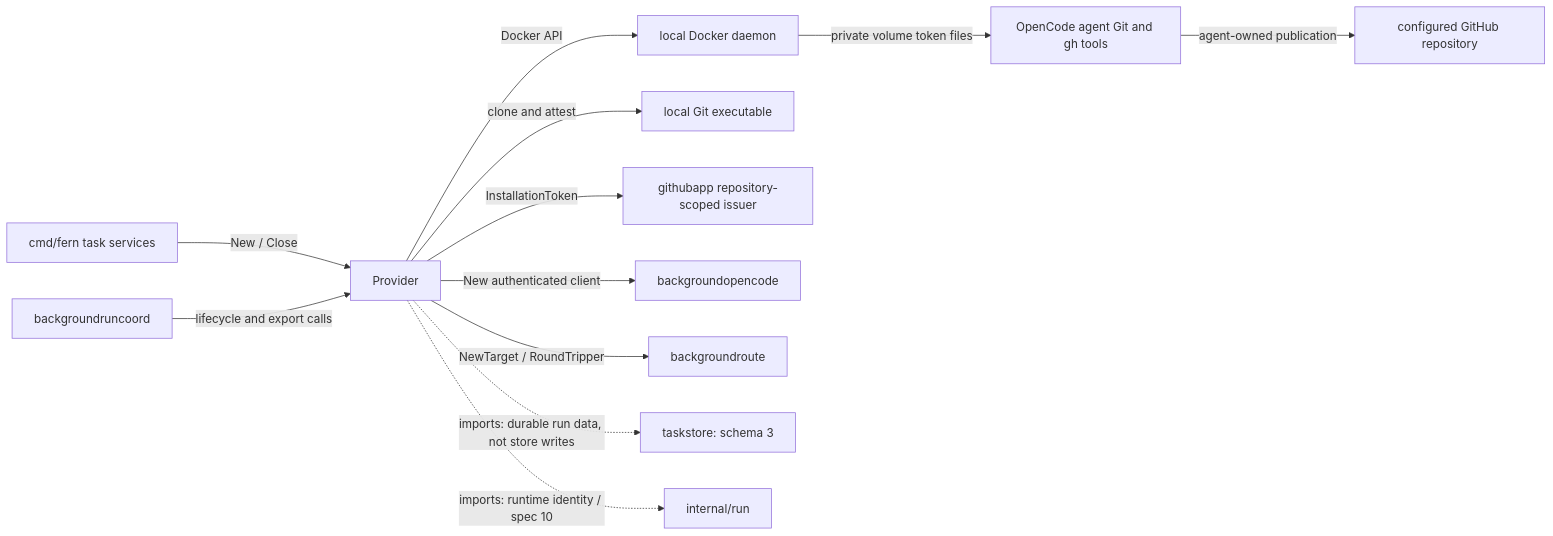
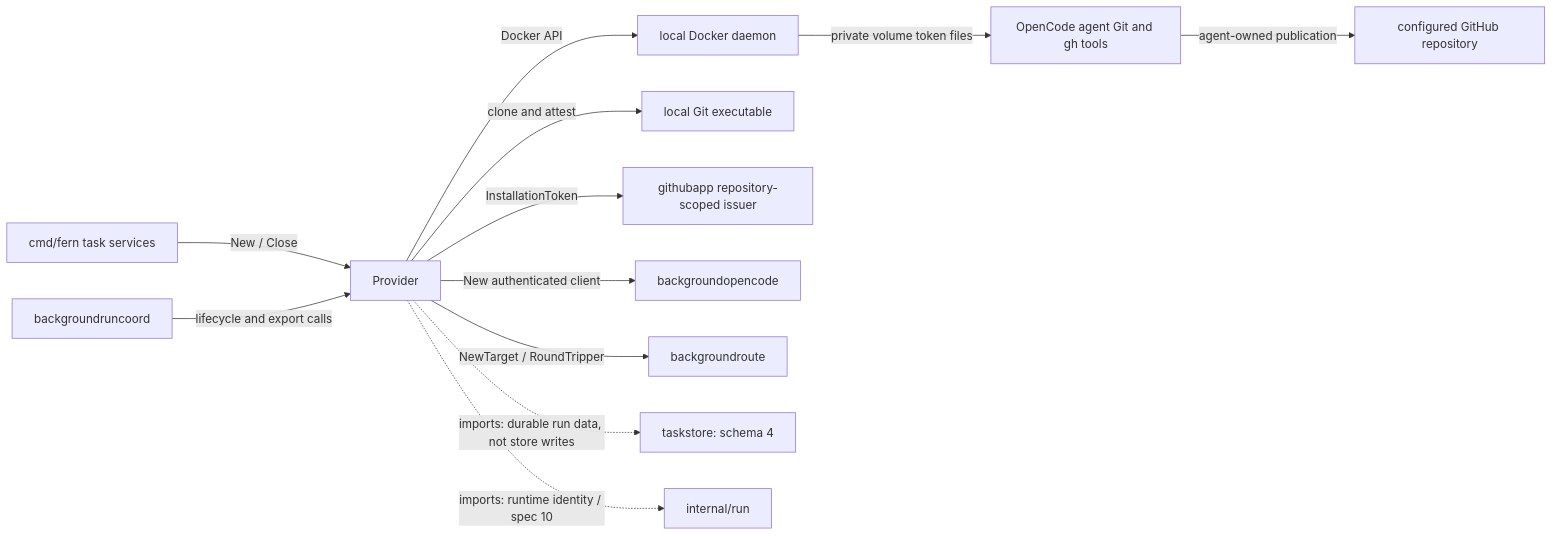
One commit to nebler/fern changed the first of 2 diagrams in internal/taskenvdocker/README.md. Above: the diagram before and after it, drawn with Mermaid. The commit also changed 19 other files, not shown here.

First line of the commit message:
refactor(taskstore): drop dead execution-projection triggers, bump schema to 4

````diff
--- a/internal/taskenvdocker/README.md
+++ b/internal/taskenvdocker/README.md
@@ -11,14 +11,14 @@
 ```mermaid
 flowchart LR
   cli["cmd/fern task services"] -->|"New / Close"| provider["Provider"]
   coord["backgroundruncoord"] -->|"lifecycle and export calls"| provider
   provider -->|"Docker API"| docker["local Docker daemon"]
   provider -->|"clone and attest"| git["local Git executable"]
   provider -->|"InstallationToken"| issuer["githubapp repository-scoped issuer"]
   provider -->|"New authenticated client"| oc["backgroundopencode"]
   provider -->|"NewTarget / RoundTripper"| route["backgroundroute"]
-  provider -.->|"imports: durable run data, not store writes"| store["taskstore: schema 3"]
+  provider -.->|"imports: durable run data, not store writes"| store["taskstore: schema 4"]
   provider -.->|"imports: runtime identity / spec 10"| run["internal/run"]
   docker -->|"private volume token files"| agent["OpenCode agent Git and gh tools"]
   agent -->|"agent-owned publication"| github["configured GitHub repository"]
 ```
````
